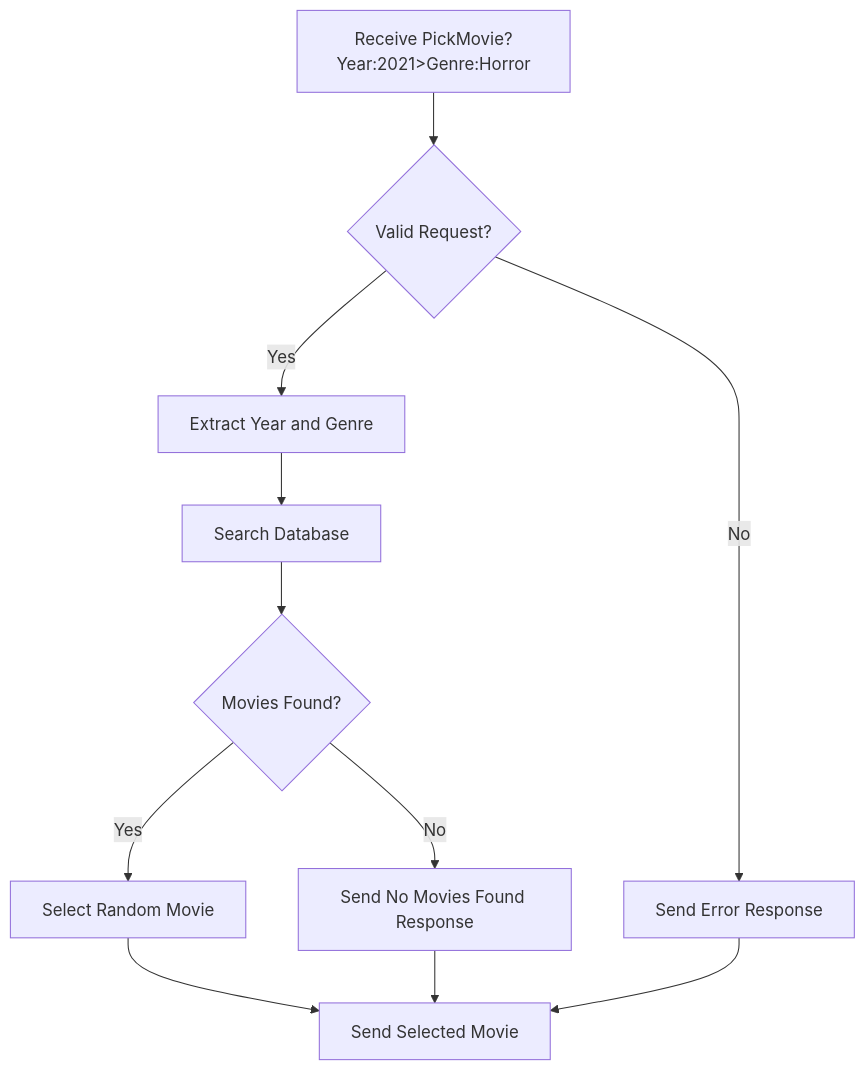
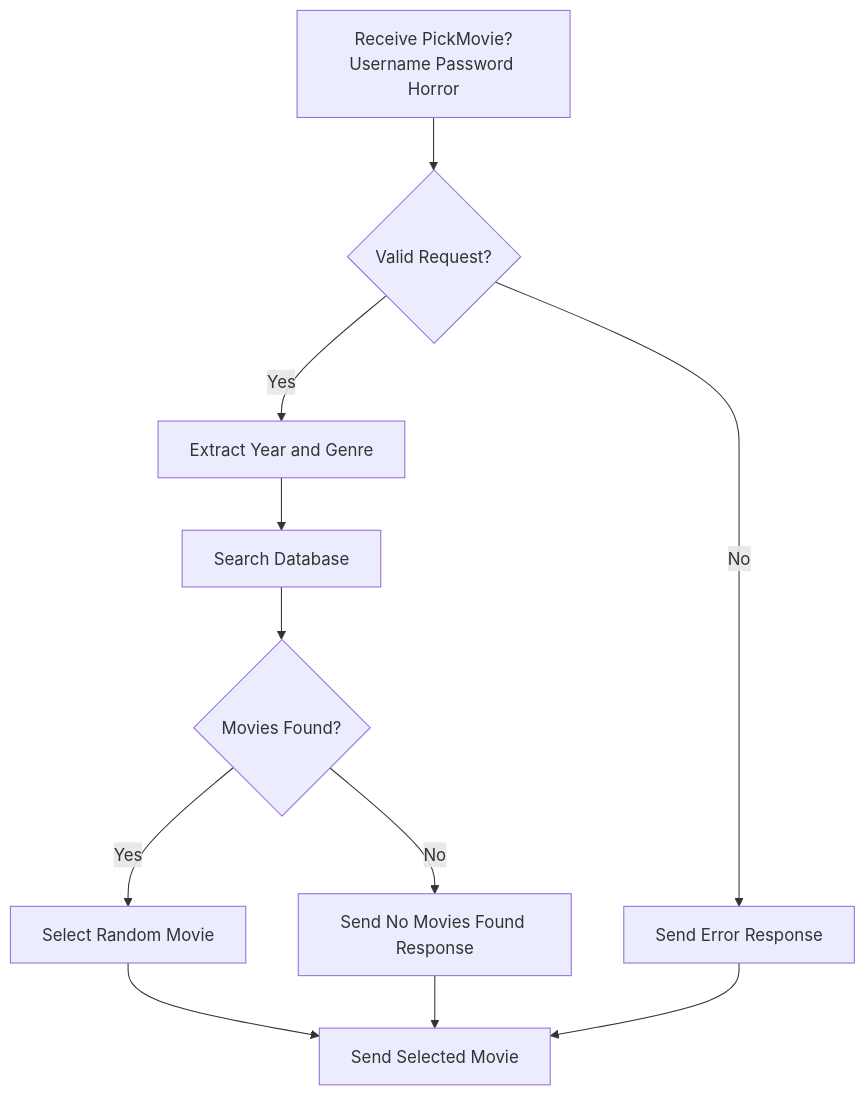
The third of 3 diagrams in README.md (CeyhanYildiz/Network_Zmq), drawn with Mermaid before and after one commit. The commit also changed other lines of this file, not shown here.

````diff
--- a/README.md
+++ b/README.md
@@ -62,15 +62,15 @@
 ```mermaid
 
 graph TD;
-    A[Receive PickMovie?Year:2021>Genre:Horror] --> B{Valid Request?};
+    A[Receive PickMovie?Username Password Horror] --> B{Valid Request?};
     B -->|Yes| C[Extract Year and Genre];
     B -->|No| D[Send Error Response];
     C --> E[Search Database];
     E --> F{Movies Found?};
     F -->|Yes| G[Select Random Movie];
     F -->|No| H[Send No Movies Found Response];
     G --> I[Send Selected Movie];
     H --> I;
     D --> I;
 
 ```
````
